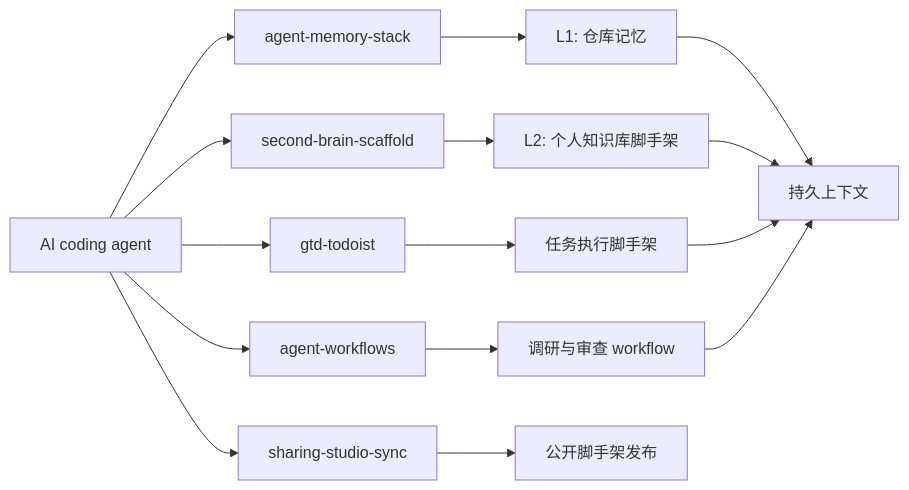
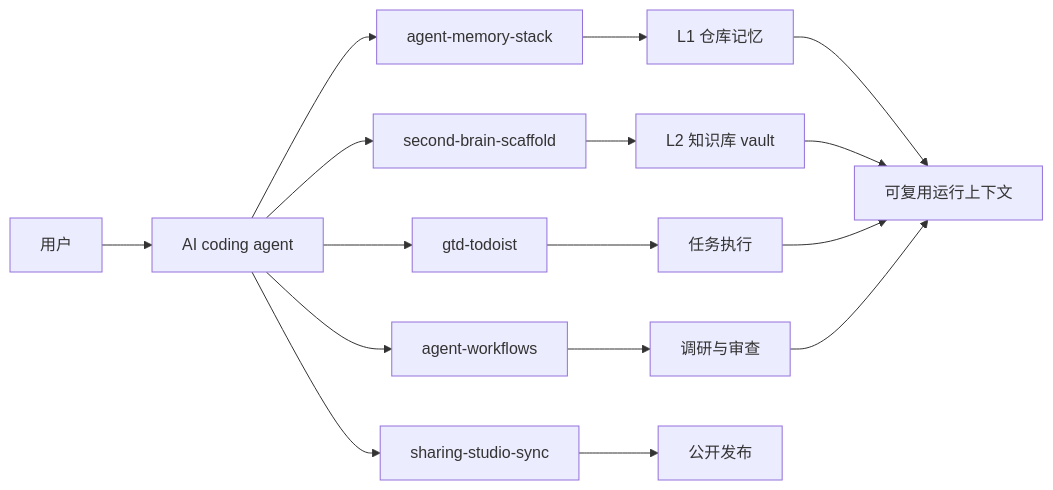
The diagram in README.zh-CN.md (kevinlasnh/sharing-studio), drawn with Mermaid before and after one commit. The commit also changed other lines of this file and 7 other files, not shown here.

Commit message:
Polish sharing-studio READMEs

````diff
--- a/README.zh-CN.md
+++ b/README.zh-CN.md
@@ -27,19 +34,20 @@
 ```mermaid
 flowchart LR
-  A[AI coding agent] --> B[agent-memory-stack]
-  A --> C[second-brain-scaffold]
-  A --> D[gtd-todoist]
-  A --> F[agent-workflows]
-  A --> G[sharing-studio-sync]
+  U[用户] --> A[AI coding agent]
+  A --> M[agent-memory-stack]
+  A --> B[second-brain-scaffold]
+  A --> G[gtd-todoist]
+  A --> W[agent-workflows]
+  A --> S[sharing-studio-sync]
 
-  B --> B1[L1: 仓库记忆]
-  C --> C1[L2: 个人知识库脚手架]
-  D --> D1[任务执行脚手架]
-  F --> F1[调研与审查 workflow]
-  G --> G1[公开脚手架发布]
+  M --> M1[L1 仓库记忆]
+  B --> B1[L2 知识库 vault]
+  G --> G1[任务执行]
+  W --> W1[调研与审查]
+  S --> S1[公开发布]
 
-  B1 --> E[持久上下文]
-  C1 --> E
-  D1 --> E
-  F1 --> E
+  M1 --> C[可复用运行上下文]
+  B1 --> C
+  G1 --> C
+  W1 --> C
 ```
````
